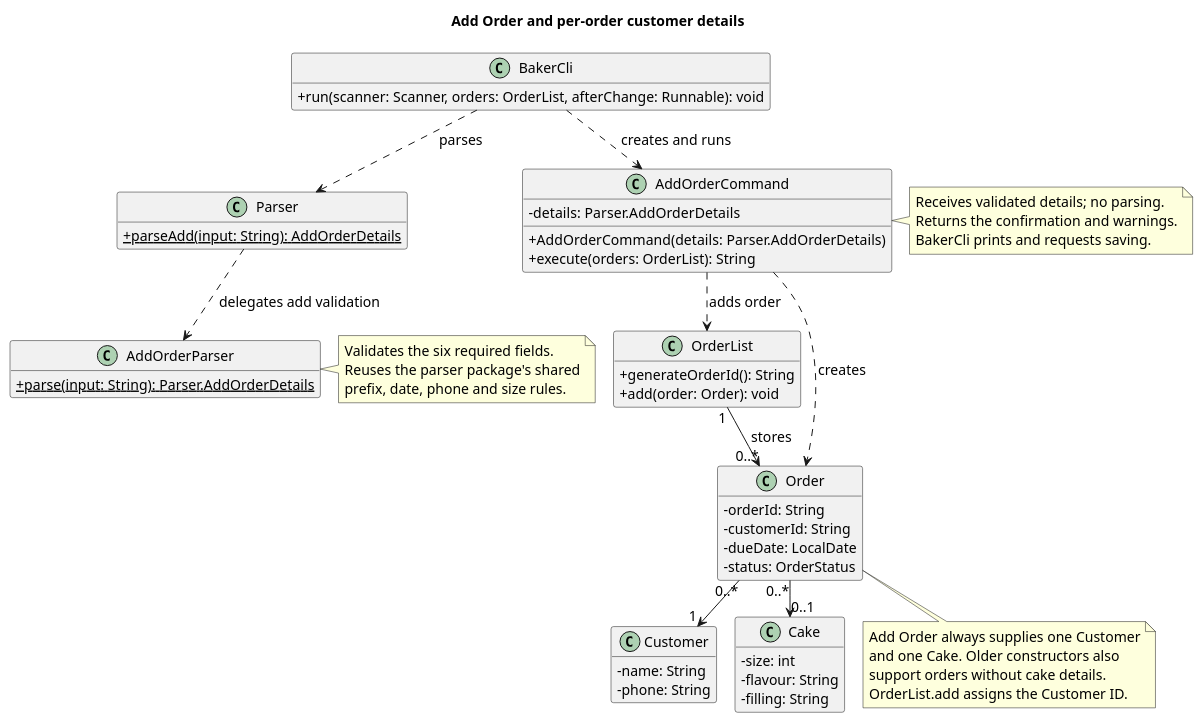
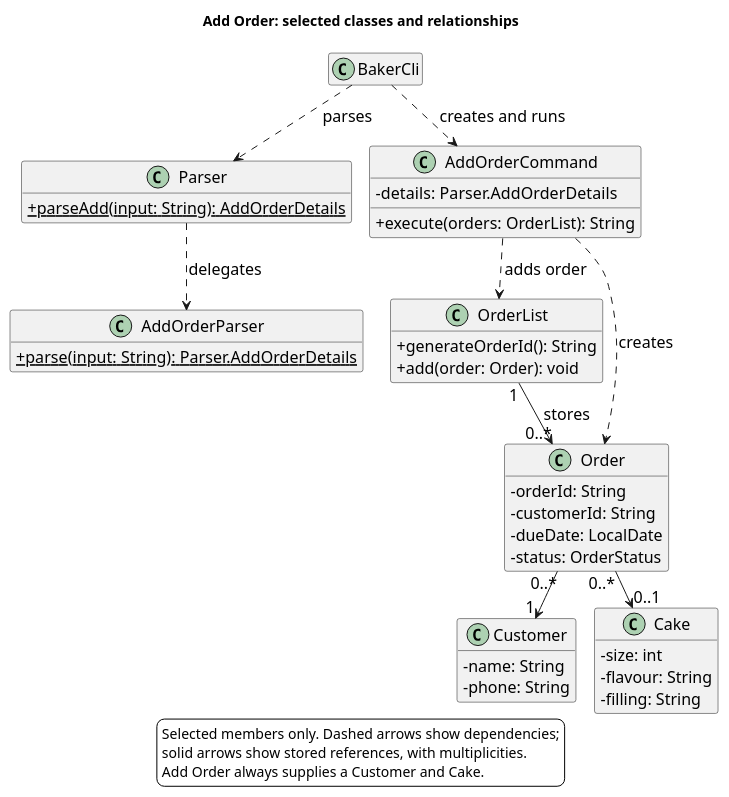
One commit to AY2627S1-CS2113-W12-1/tp changed the diagram in docs/diagrams/add-order-class.puml. Above: the diagram before and after it, drawn with PlantUML. The commit also changed 9 other files, not shown here.

```diff
--- a/docs/diagrams/add-order-class.puml
+++ b/docs/diagrams/add-order-class.puml
@@ -1,72 +1,57 @@
 @startuml
 ' Author: Eethanzyj
 !pragma layout smetana
-title Add Order and per-order customer details
+title Add Order: selected classes and relationships
 skinparam backgroundColor white
 skinparam defaultFontName SansSerif
-skinparam defaultFontSize 14
+skinparam defaultFontSize 16
 skinparam classAttributeIconSize 0
 hide empty members
 
 class BakerCli {
-  + run(scanner: Scanner, orders: OrderList, afterChange: Runnable): void
 }
 class Parser {
   {static} + parseAdd(input: String): AddOrderDetails
 }
 class AddOrderParser {
   {static} + parse(input: String): Parser.AddOrderDetails
 }
 class OrderList {
   + generateOrderId(): String
   + add(order: Order): void
 }
 class AddOrderCommand {
   - details: Parser.AddOrderDetails
-  + AddOrderCommand(details: Parser.AddOrderDetails)
   + execute(orders: OrderList): String
 }
 class Order {
   - orderId: String
   - customerId: String
   - dueDate: LocalDate
   - status: OrderStatus
 }
 class Customer {
   - name: String
   - phone: String
 }
 class Cake {
   - size: int
   - flavour: String
   - filling: String
 }
 
 BakerCli ..> Parser : parses
-Parser ..> AddOrderParser : delegates add validation
+Parser ..> AddOrderParser : delegates
 BakerCli ..> AddOrderCommand : creates and runs
 AddOrderCommand ..> OrderList : adds order
 AddOrderCommand ..> Order : creates
 OrderList "1" --> "0..*" Order : stores
 Order "0..*" --> "1" Customer
 Order "0..*" --> "0..1" Cake
 
-note bottom of Order
-  Add Order always supplies one Customer
-  and one Cake. Older constructors also
-  support orders without cake details.
-  OrderList.add assigns the Customer ID.
-end note
-
-note right of AddOrderCommand
-  Receives validated details; no parsing.
-  Returns the confirmation and warnings.
-  BakerCli prints and requests saving.
-end note
-
-note right of AddOrderParser
-  Validates the six required fields.
-  Reuses the parser package's shared
-  prefix, date, phone and size rules.
-end note
+legend bottom
+  Selected members only. Dashed arrows show dependencies;
+  solid arrows show stored references, with multiplicities.
+  Add Order always supplies a Customer and Cake.
+endlegend
 @enduml
```
